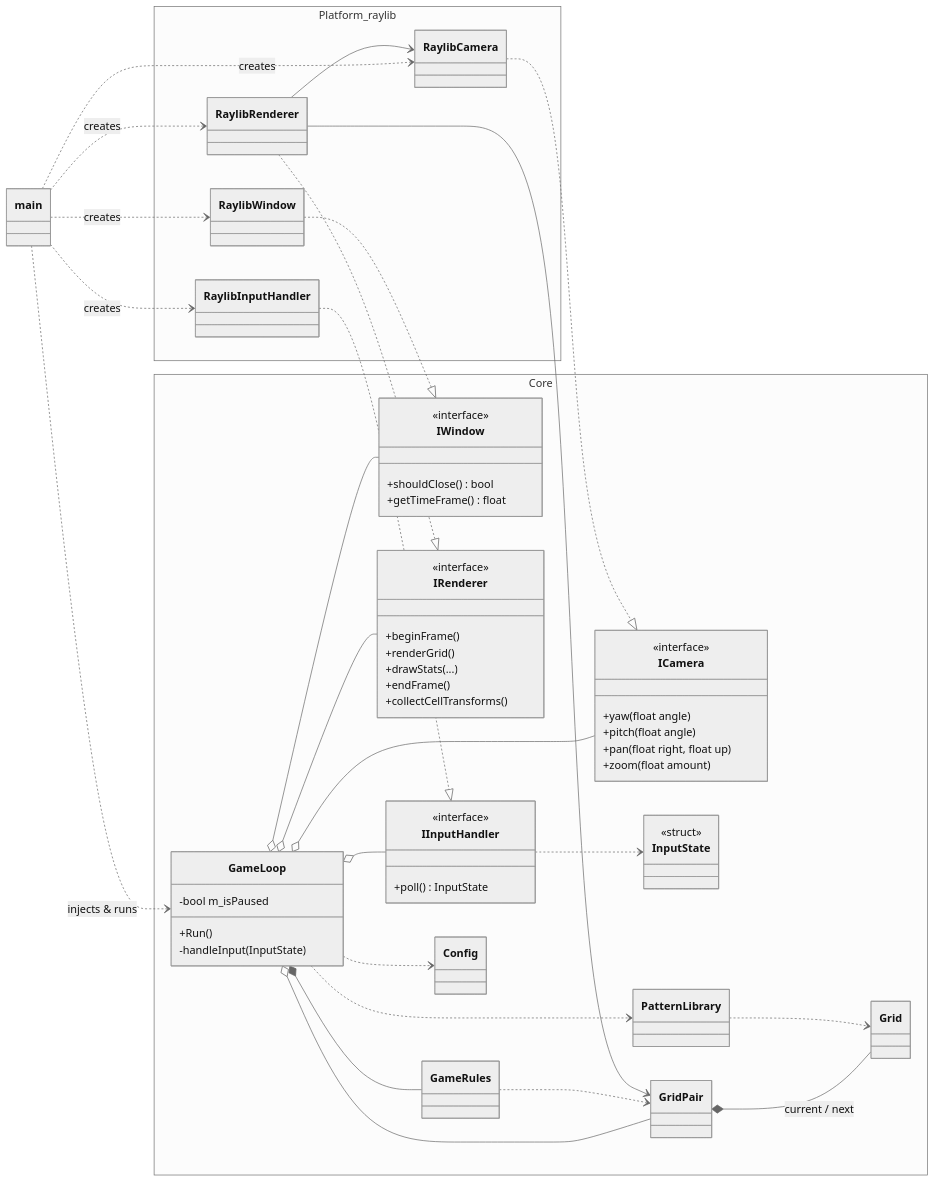
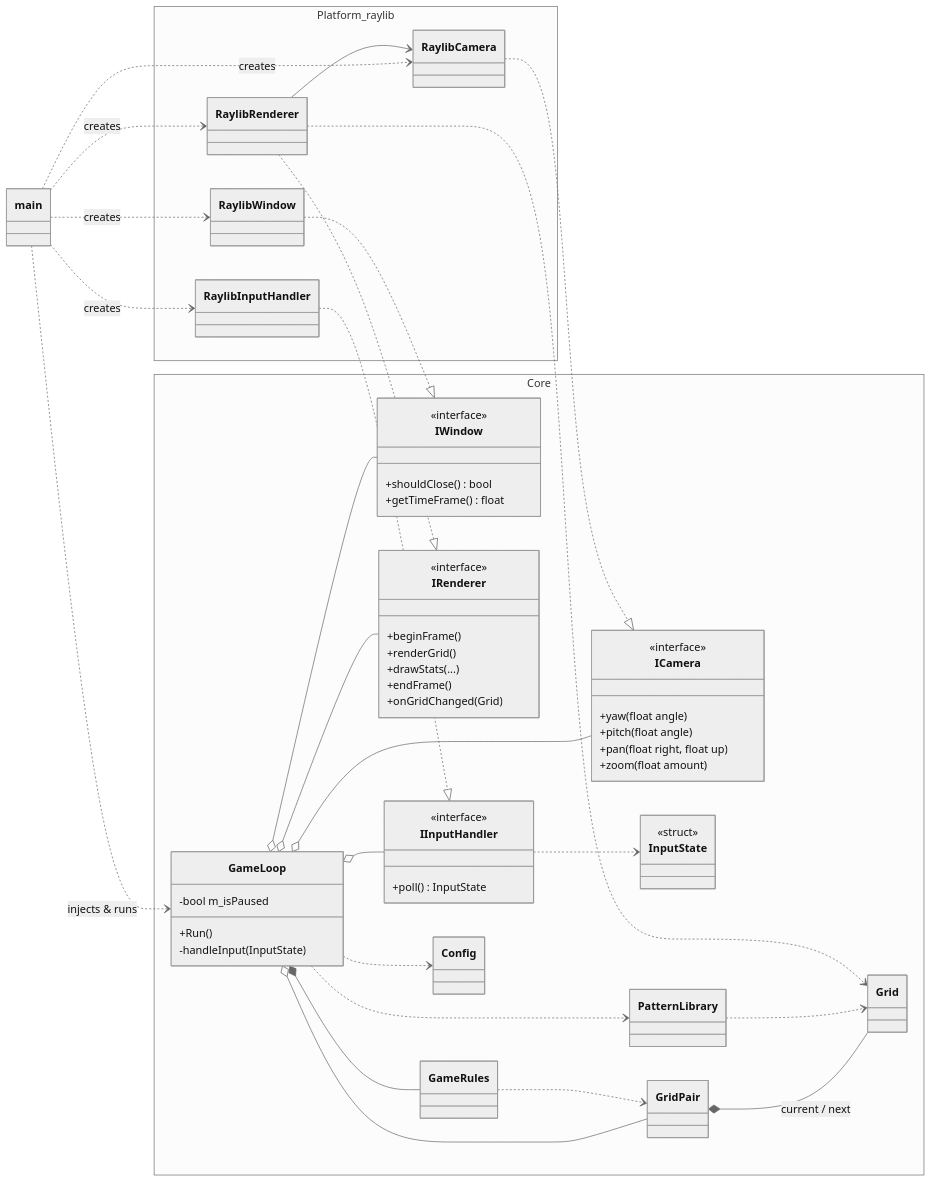
The diagram in README.md (dciuca/gameOfLife3D), drawn with Mermaid (neutral theme) before and after one commit. The commit also changed 5 other files, not shown here.

Commit message:
Removed the dependecy between RaylibRenderer and GridPair (buffer solution): now the Renderer knows only the Grid

````diff
--- a/README.md
+++ b/README.md
@@ -36,79 +36,79 @@
 ```mermaid
 classDiagram
     direction LR
 
     namespace Core {
         class GameLoop {
             -bool m_isPaused
             +Run()
             -handleInput(InputState)
         }
         class IWindow {
             <<interface>>
             +shouldClose() bool
             +getTimeFrame() float
         }
         class IRenderer {
             <<interface>>
             +beginFrame()
             +renderGrid()
             +drawStats(...)
             +endFrame()
-            +collectCellTransforms()
+            +onGridChanged(Grid)
         }
         class IInputHandler {
             <<interface>>
             +poll() InputState
         }
         class ICamera {
             <<interface>>
             +yaw(float angle)
             +pitch(float angle)
             +pan(float right, float up)
             +zoom(float amount)
         }
         class InputState {
             <<struct>>
         }
         class GameRules
         class GridPair
         class Grid
         class PatternLibrary
         class Config
     }
 
     namespace Platform_raylib {
         class RaylibWindow
         class RaylibRenderer
         class RaylibInputHandler
         class RaylibCamera
     }
 
     main ..> RaylibWindow : creates
     main ..> RaylibRenderer : creates
     main ..> RaylibInputHandler : creates
     main ..> RaylibCamera : creates
     main ..> GameLoop : injects & runs
 
     GameLoop o-- IWindow
     GameLoop o-- IRenderer
     GameLoop o-- IInputHandler
     GameLoop o-- ICamera
     GameLoop o-- GridPair
     GameLoop *-- GameRules
     GameLoop ..> Config
     GameLoop ..> PatternLibrary
 
     IInputHandler ..> InputState
     GameRules ..> GridPair
     GridPair *-- Grid : current / next
     PatternLibrary ..> Grid
 
     RaylibWindow ..|> IWindow
     RaylibRenderer ..|> IRenderer
     RaylibInputHandler ..|> IInputHandler
     RaylibCamera ..|> ICamera
 
-    RaylibRenderer --> GridPair
+    RaylibRenderer ..> Grid
     RaylibRenderer --> RaylibCamera
 ```
````
